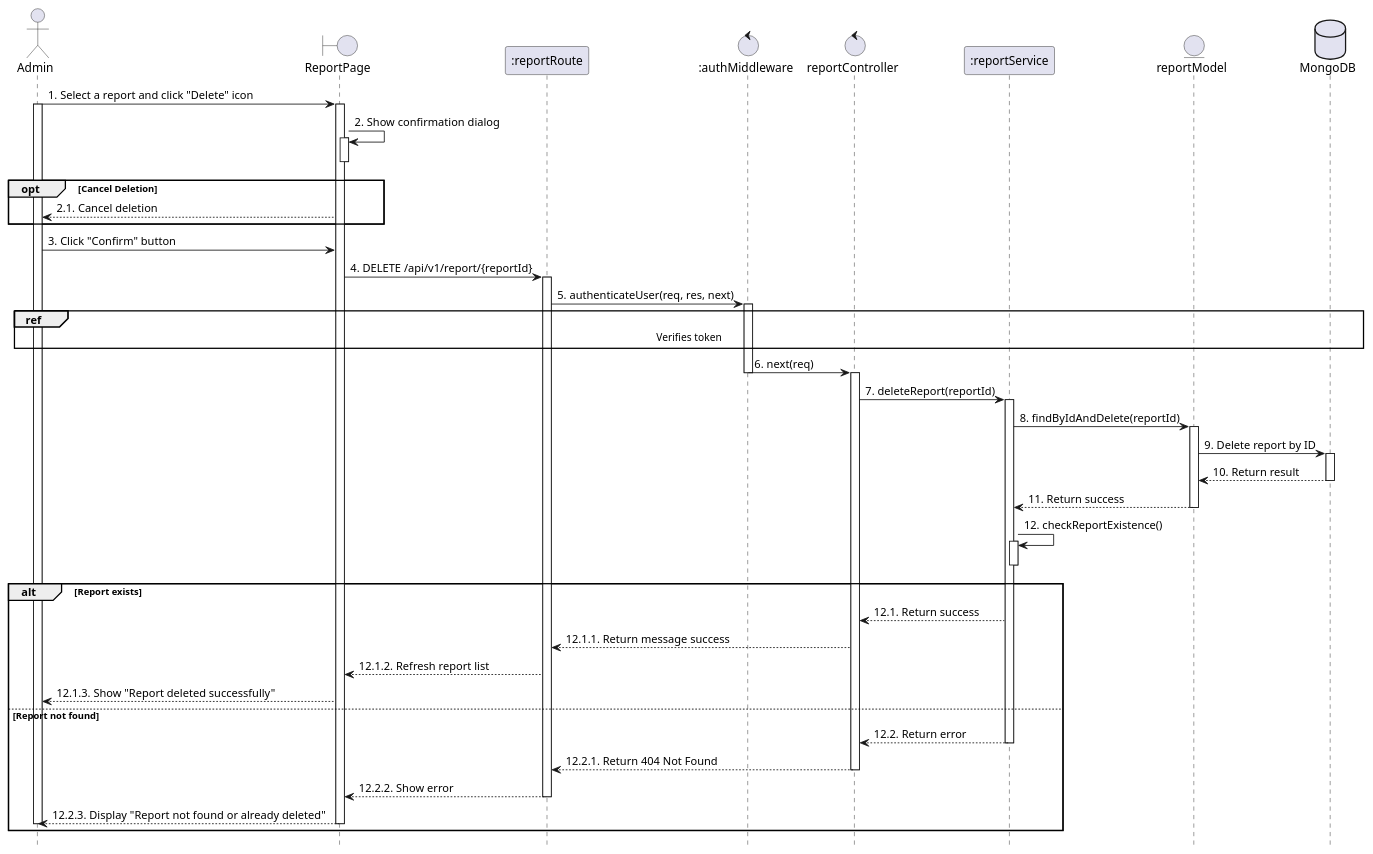
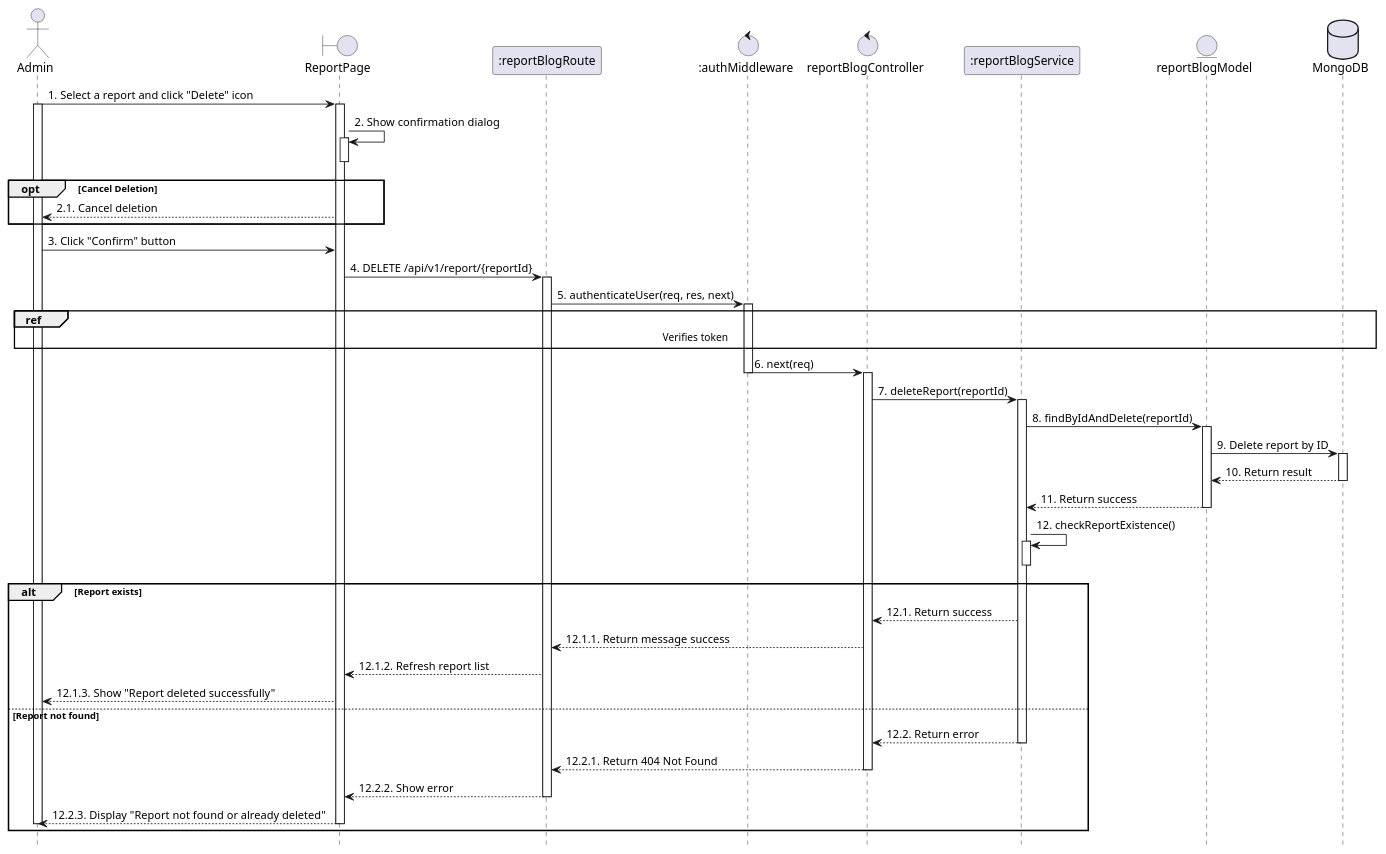
One commit to VietDurian/VietDurian changed the diagram in planuml/web/19.4_deleteReport.puml. Above: the diagram before and after it, drawn with PlantUML. The commit also changed 11 other files, not shown here.

Commit message:
be:report-blog:done

```diff
--- a/planuml/web/19.4_deleteReport.puml
+++ b/planuml/web/19.4_deleteReport.puml
@@ -1,73 +1,73 @@
 @startuml DeleteReport
 
 actor Admin
 boundary "ReportPage" as View 
-participant ":reportRoute" as Route 
+participant ":reportBlogRoute" as Route 
 control ":authMiddleware" as Auth 
-control "reportController" as Controller 
-participant ":reportService" as Service 
-entity "reportModel" as Model 
+control "reportBlogController" as Controller 
+participant ":reportBlogService" as Service 
+entity "reportBlogModel" as Model 
 database "MongoDB" as MongoDB 
 hide footbox
 
 Admin -> View: 1. Select a report and click "Delete" icon
 activate Admin
 activate View
 
 View -> View: 2. Show confirmation dialog
 activate View
 deactivate View
 
 opt Cancel Deletion
     View --> Admin: 2.1. Cancel deletion 
 end
 
 Admin -> View: 3. Click "Confirm" button
 
 View -> Route: 4. DELETE /api/v1/report/{reportId}
 activate Route
 
 Route -> Auth: 5. authenticateUser(req, res, next)
 activate Auth
 ref over Admin, MongoDB : Verifies token
 
     Auth -> Controller: 6. next(req)
     deactivate Auth
     activate Controller
 
     Controller -> Service: 7. deleteReport(reportId)
     activate Service
 
     Service -> Model: 8. findByIdAndDelete(reportId)
     activate Model
     Model -> MongoDB: 9. Delete report by ID
     activate MongoDB
     MongoDB --> Model: 10. Return result
     deactivate MongoDB
     Model --> Service: 11. Return success
     deactivate Model
 
     Service -> Service: 12. checkReportExistence()
     activate Service
     deactivate Service
 
     alt Report exists
         Service --> Controller: 12.1. Return success
         Controller --> Route: 12.1.1. Return message success
         Route --> View: 12.1.2. Refresh report list
         View --> Admin: 12.1.3. Show "Report deleted successfully"
     else Report not found
         Service --> Controller: 12.2. Return error
         deactivate Service
 
         Controller --> Route: 12.2.1. Return 404 Not Found
         deactivate Controller
 
         Route --> View: 12.2.2. Show error
         deactivate Route
 
         View --> Admin: 12.2.3. Display "Report not found or already deleted"
         deactivate View
         deactivate Admin
     end
 @enduml
```
